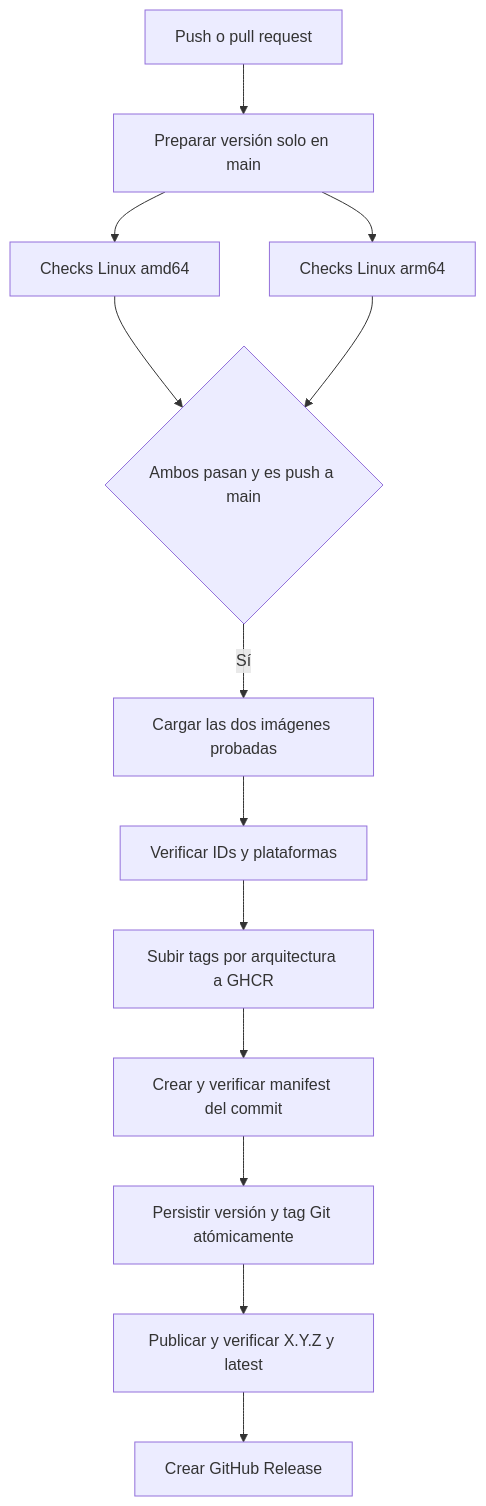
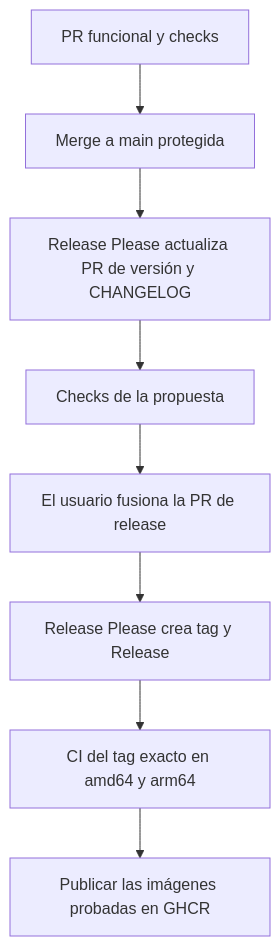
One commit to brunofelixns/mealie-mcp-server changed the diagram in docs/ci.md. Above: the diagram before and after it, drawn with Mermaid. The commit also changed other lines of this file and 20 other files, not shown here.

First line of the commit message:
feat(ci): automate protected releases with Release Please (#1)

````diff
--- a/docs/ci.md
+++ b/docs/ci.md
@@ -11,15 +26,10 @@
 ```mermaid
 flowchart TD
-    P[Push o pull request] --> V[Preparar versión solo en main]
-    V --> A[Checks Linux amd64]
-    V --> B[Checks Linux arm64]
-    A --> C{Ambos pasan y es push a main}
-    B --> C
-    C -->|Sí| D[Cargar las dos imágenes probadas]
-    D --> E[Verificar IDs y plataformas]
-    E --> F[Subir tags por arquitectura a GHCR]
-    F --> G[Crear y verificar manifest del commit]
-    G --> H[Persistir versión y tag Git atómicamente]
-    H --> I[Publicar y verificar X.Y.Z y latest]
-    I --> J[Crear GitHub Release]
+    A[PR funcional y checks] --> B[Merge a main protegida]
+    B --> C[Release Please actualiza PR de versión y CHANGELOG]
+    C --> D[Checks de la propuesta]
+    D --> E[El usuario fusiona la PR de release]
+    E --> F[Release Please crea tag y Release]
+    F --> G[CI del tag exacto en amd64 y arm64]
+    G --> H[Publicar las imágenes probadas en GHCR]
 ```
````
